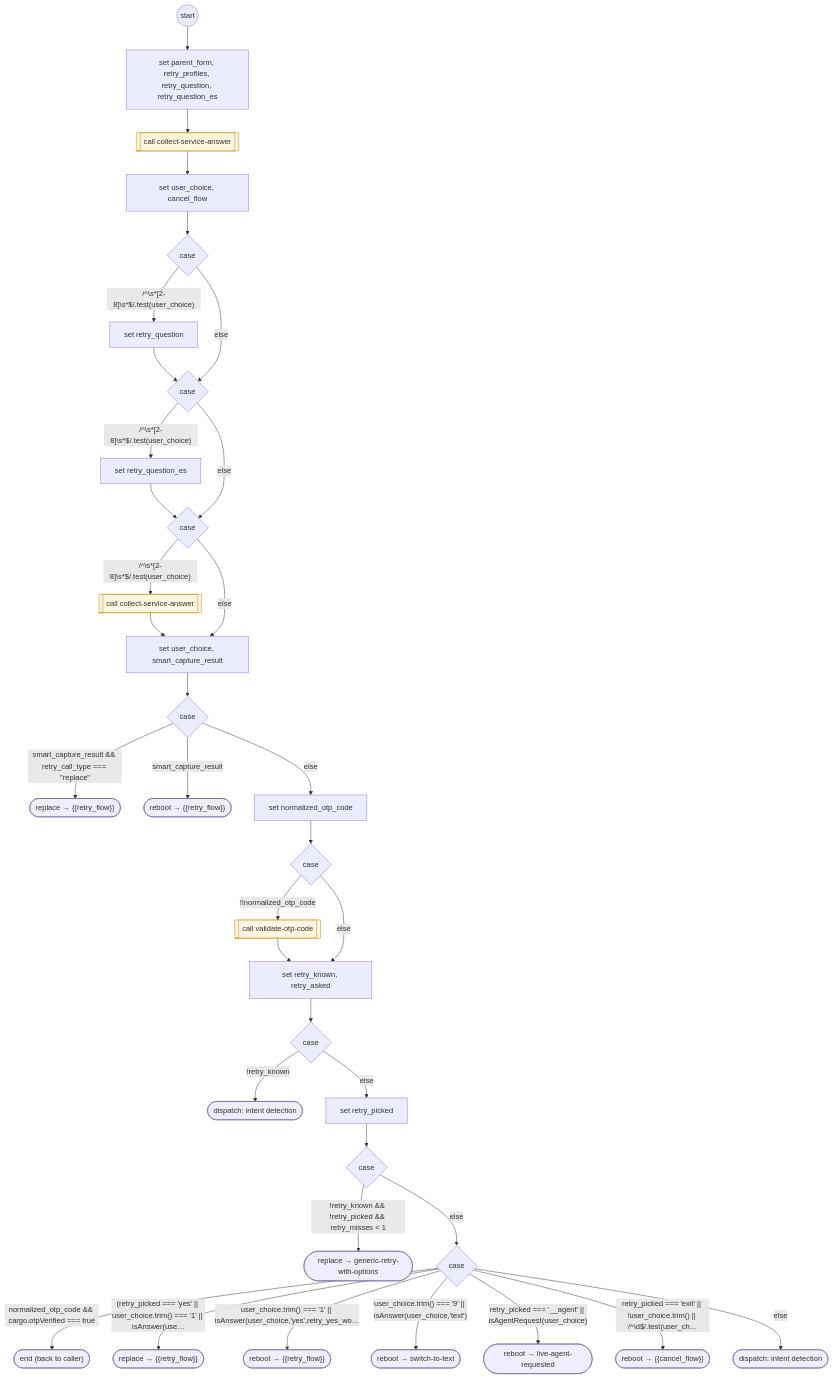
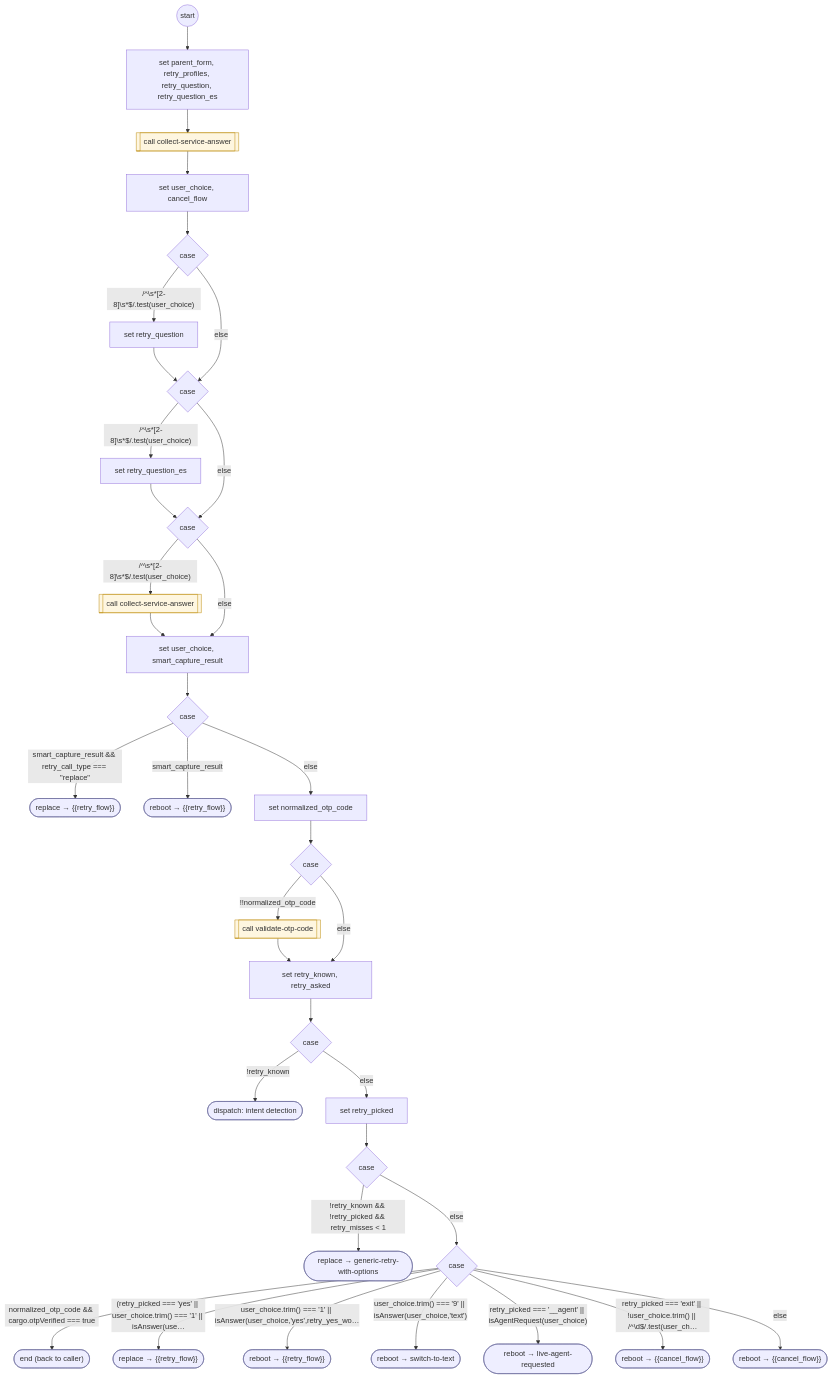
The diagram in docs/flows/system/generic-retry-with-options.md (ronpinkas/jsfe), drawn with Mermaid before and after one commit. The commit also changed other lines of this file and 6 other files, not shown here.

Commit message:
jsfe flows: reference copy of the prod shared sets from AIDevelopment 2618f15

```diff
--- a/docs/flows/system/generic-retry-with-options.md
+++ b/docs/flows/system/generic-retry-with-options.md
@@ -104,7 +104,7 @@
    b28(["reboot → #123;#123;cancel_flow#125;#125;"])
    class b28 endstep
    c22 -- "retry_picked === 'exit' #124;#124; !user_choice.trim() #124;#124; /^\d$/.test(user_ch…" --> b28
-   b29(["dispatch: intent detection"])
+   b29(["reboot → #123;#123;cancel_flow#125;#125;"])
    class b29 endstep
    c22 -- "else" --> b29
    classDef endstep fill:#eef,stroke:#669
```
